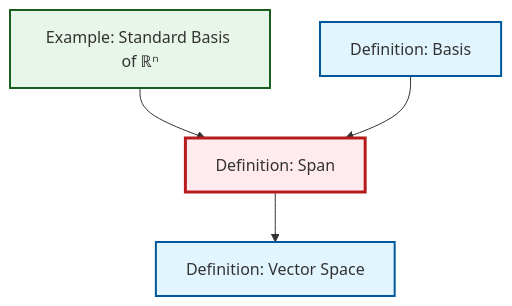
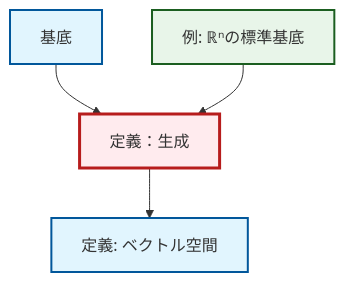
The diagram in content/ja/algebra/def-span.qmd (RK0429/ModernMath), drawn with Mermaid before and after one commit. The commit also changed 1069 other files, not shown here.

````diff
--- a/content/ja/algebra/def-span.qmd
+++ b/content/ja/algebra/def-span.qmd
@@ -48,20 +48,20 @@
 ```{mermaid}
 %%| fig-cap: "Local dependency graph"
 graph TD
     classDef definition fill:#e1f5fe,stroke:#01579b,stroke-width:2px
     classDef theorem fill:#f3e5f5,stroke:#4a148c,stroke-width:2px
     classDef axiom fill:#fff3e0,stroke:#e65100,stroke-width:2px
     classDef example fill:#e8f5e9,stroke:#1b5e20,stroke-width:2px
     classDef current fill:#ffebee,stroke:#b71c1c,stroke-width:3px
-    def-basis["Definition: Basis"]:::definition
-    def-span["Definition: Span"]:::definition
-    ex-standard-basis-rn["Example: Standard Basis of ℝⁿ"]:::example
-    def-vector-space["Definition: Vector Space"]:::definition
+    def-basis["基底"]:::definition
+    def-span["定義：生成"]:::definition
+    ex-standard-basis-rn["例: ℝⁿの標準基底"]:::example
+    def-vector-space["定義: ベクトル空間"]:::definition
     def-span --> def-vector-space
+    def-basis --> def-span
     ex-standard-basis-rn --> def-span
-    def-basis --> def-span
     class def-span current
-    click def-basis "def-basis.html" "Definition: Basisへ"
-    click ex-standard-basis-rn "ex-standard-basis-rn.html" "Example: Standard Basis of ℝⁿへ"
-    click def-vector-space "def-vector-space.html" "Definition: Vector Spaceへ"
+    click def-basis "def-basis.html" "基底へ"
+    click ex-standard-basis-rn "ex-standard-basis-rn.html" "ℝⁿの標準基底の例へ"
+    click def-vector-space "def-vector-space.html" "ベクトル空間の定義へ"
 ```
````
